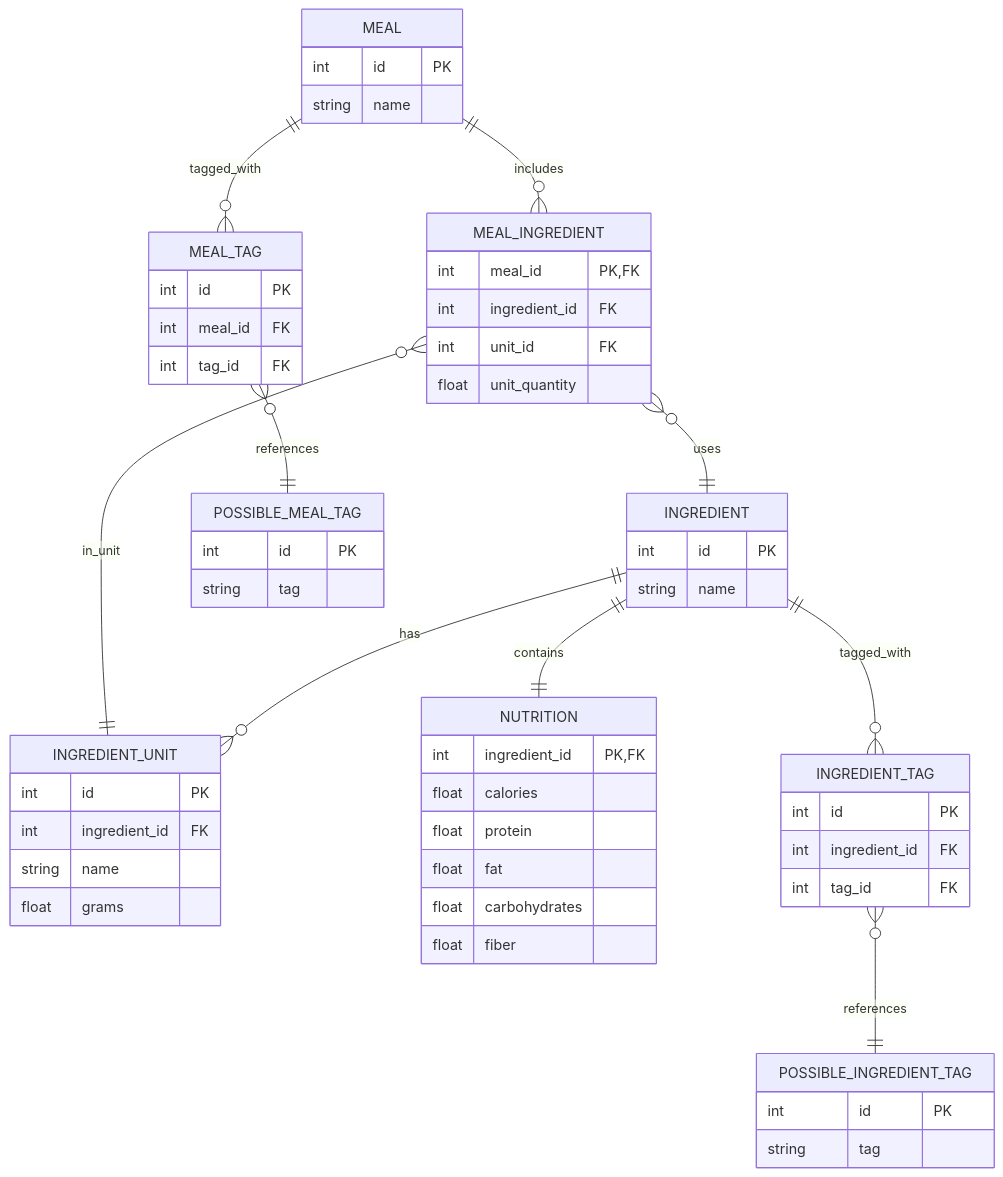
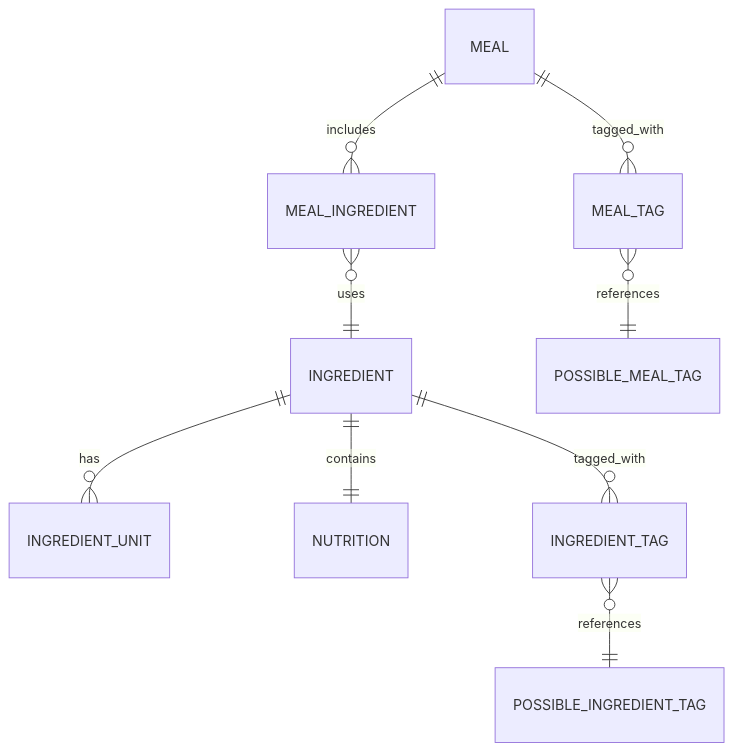
The first of 2 diagrams in README.md (alexandrugavrila/Nutrition), drawn with Mermaid before and after one commit. The commit also changed other lines of this file and 1 other file, not shown here.

````diff
--- a/README.md
+++ b/README.md
@@ -179,70 +110,11 @@
 ```mermaid
 erDiagram
-
   INGREDIENT ||--o{ INGREDIENT_UNIT : has
   INGREDIENT ||--|| NUTRITION : contains
   INGREDIENT ||--o{ INGREDIENT_TAG : tagged_with
   INGREDIENT_TAG }o--|| POSSIBLE_INGREDIENT_TAG : references
-
   MEAL ||--o{ MEAL_INGREDIENT : includes
   MEAL_INGREDIENT }o--|| INGREDIENT : uses
-  MEAL_INGREDIENT }o--|| INGREDIENT_UNIT : in_unit
-
   MEAL ||--o{ MEAL_TAG : tagged_with
   MEAL_TAG }o--|| POSSIBLE_MEAL_TAG : references
-
-  INGREDIENT {
-    int id PK
-    string name
-  }
-
-  NUTRITION {
-    int ingredient_id PK, FK
-    float calories
-    float protein
-    float fat
-    float carbohydrates
-    float fiber
-  }
-
-  INGREDIENT_UNIT {
-    int id PK
-    int ingredient_id FK
-    string name
-    float grams
-  }
-
-  POSSIBLE_INGREDIENT_TAG {
-    int id PK
-    string tag
-  }
-
-  INGREDIENT_TAG {
-    int id PK
-    int ingredient_id FK
-    int tag_id FK
-  }
-
-  MEAL {
-    int id PK
-    string name
-  }
-
-  MEAL_INGREDIENT {
-    int meal_id PK, FK
-    int ingredient_id FK
-    int unit_id FK
-    float unit_quantity
-  }
-
-  POSSIBLE_MEAL_TAG {
-    int id PK
-    string tag
-  }
-
-  MEAL_TAG {
-    int id PK
-    int meal_id FK
-    int tag_id FK
-  }
 ```
````
